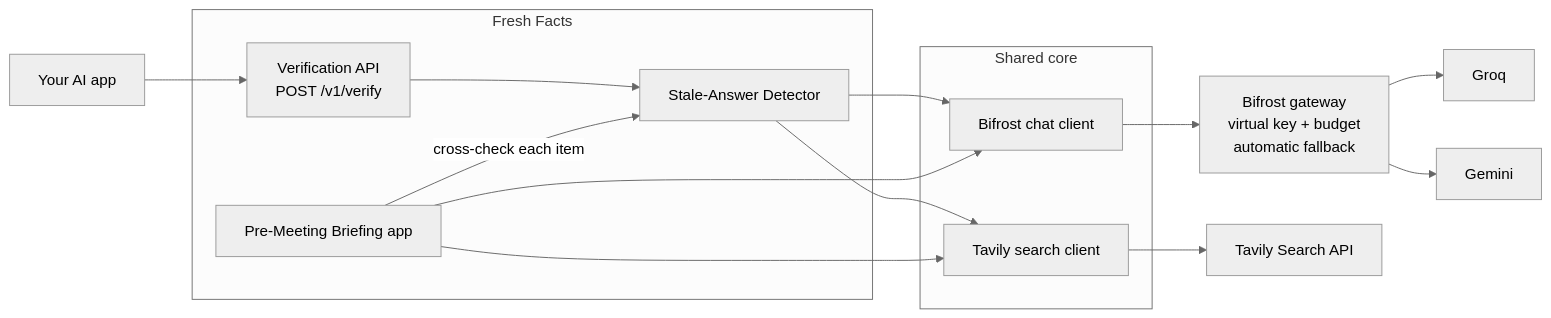
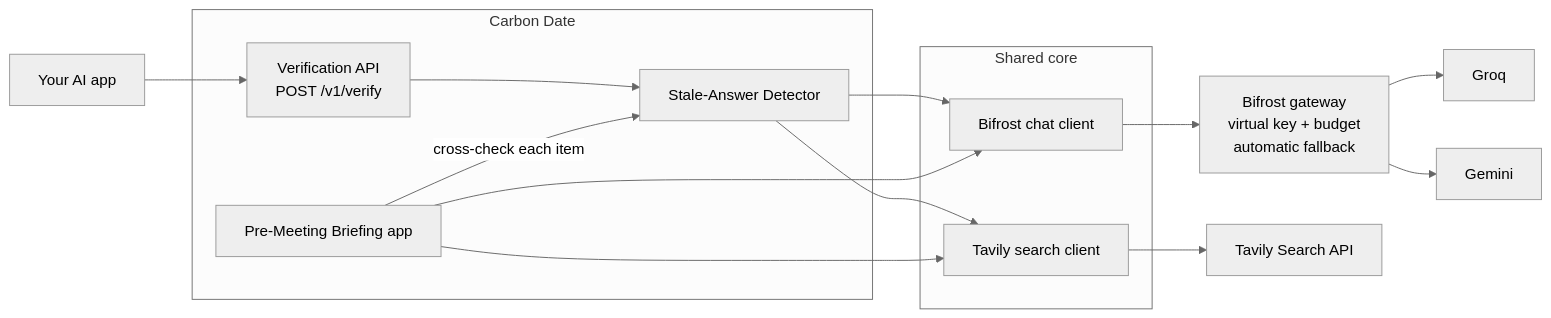
The diagram in README.md (mgoblimar/bifrost_tavily_global_ai_hackathon), drawn with Mermaid (neutral theme) before and after one commit. The commit also changed other lines of this file and 4 other files, not shown here.

Commit message:
chore: rename the product to Carbon Date and credit Team Jenx

````diff
--- a/README.md
+++ b/README.md
@@ -115,23 +116,23 @@
 ```mermaid
 flowchart LR
     X[Your AI app] --> A
-    subgraph App["Fresh Facts"]
+    subgraph App["Carbon Date"]
         A["Verification API<br/>POST /v1/verify"]
         D[Stale-Answer Detector]
         B[Pre-Meeting Briefing app]
     end
     A --> D
     subgraph Core["Shared core"]
         L[Bifrost chat client]
         S[Tavily search client]
     end
     D --> L
     D --> S
     B --> L
     B --> S
     B -- "cross-check each item" --> D
     L --> G["Bifrost gateway<br/>virtual key + budget<br/>automatic fallback"]
     G --> P1[Groq]
     G --> P2[Gemini]
     S --> T[Tavily Search API]
 ```
````
